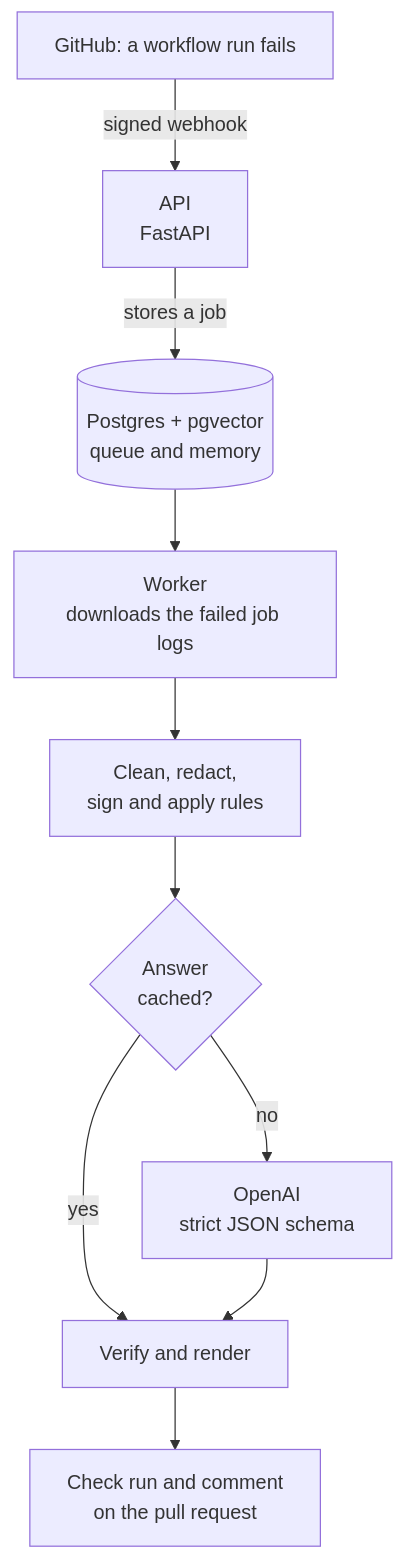
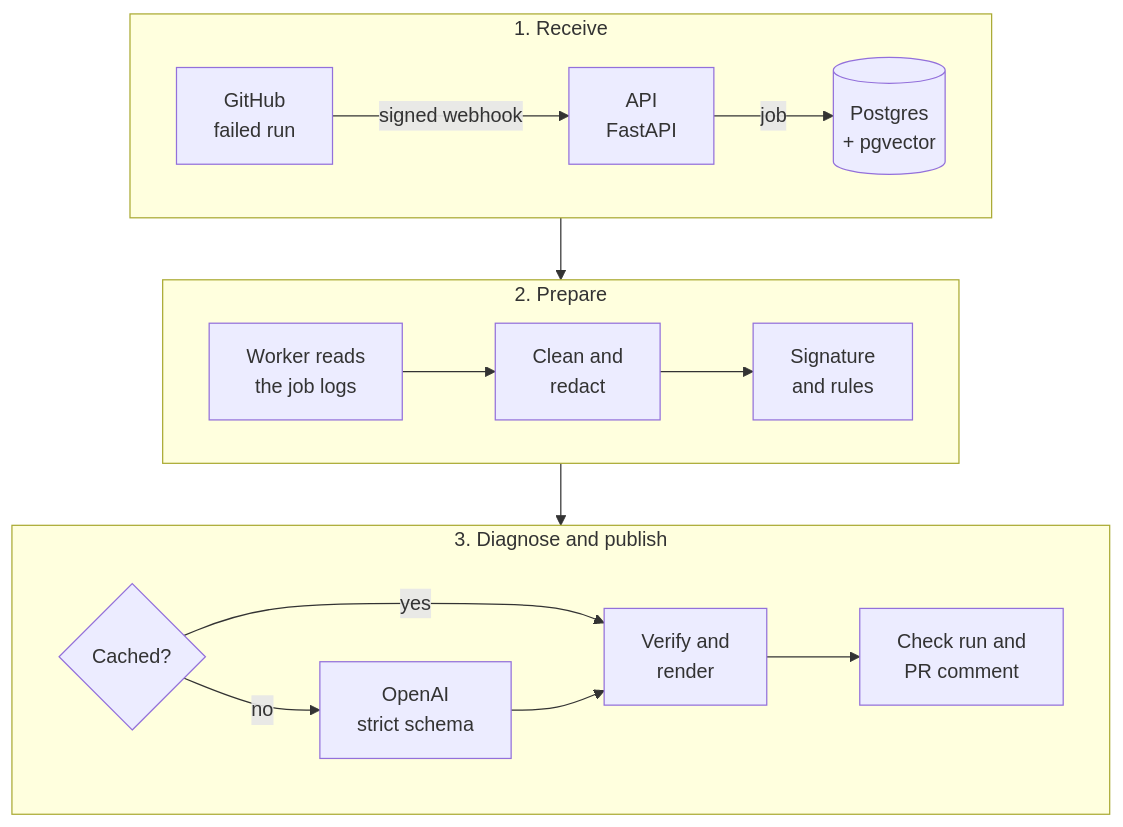
One commit to dalmirosf/cicd-doctor changed the first of 2 diagrams in README.md. Above: the diagram before and after it, drawn with Mermaid. The commit also changed other lines of this file, not shown here.

Commit message:
README: lay the diagrams out in short rows

````diff
--- a/README.md
+++ b/README.md
@@ -53,12 +53,22 @@
 ```mermaid
-flowchart TD
-    GH[GitHub: a workflow run fails] -->|signed webhook| API[API<br/>FastAPI]
-    API -->|stores a job| DB[(Postgres + pgvector<br/>queue and memory)]
-    DB --> W[Worker<br/>downloads the failed job logs]
-    W --> P[Clean, redact,<br/>sign and apply rules]
-    P --> C{Answer<br/>cached?}
-    C -->|no| LLM[OpenAI<br/>strict JSON schema]
-    C -->|yes| R[Verify and render]
-    LLM --> R
-    R --> OUT[Check run and comment<br/>on the pull request]
+flowchart TB
+    subgraph IN[1. Receive]
+        direction LR
+        GH[GitHub<br/>failed run] -->|signed webhook| API[API<br/>FastAPI]
+        API -->|job| DB[(Postgres<br/>+ pgvector)]
+    end
+    subgraph PREP[2. Prepare]
+        direction LR
+        W[Worker reads<br/>the job logs] --> P[Clean and<br/>redact]
+        P --> S[Signature<br/>and rules]
+    end
+    subgraph PUBLISH[3. Diagnose and publish]
+        direction LR
+        C{Cached?} -->|no| LLM[OpenAI<br/>strict schema]
+        C -->|yes| R[Verify and<br/>render]
+        LLM --> R
+        R --> PR[Check run and<br/>PR comment]
+    end
+    IN --> PREP
+    PREP --> PUBLISH
 ```
````
